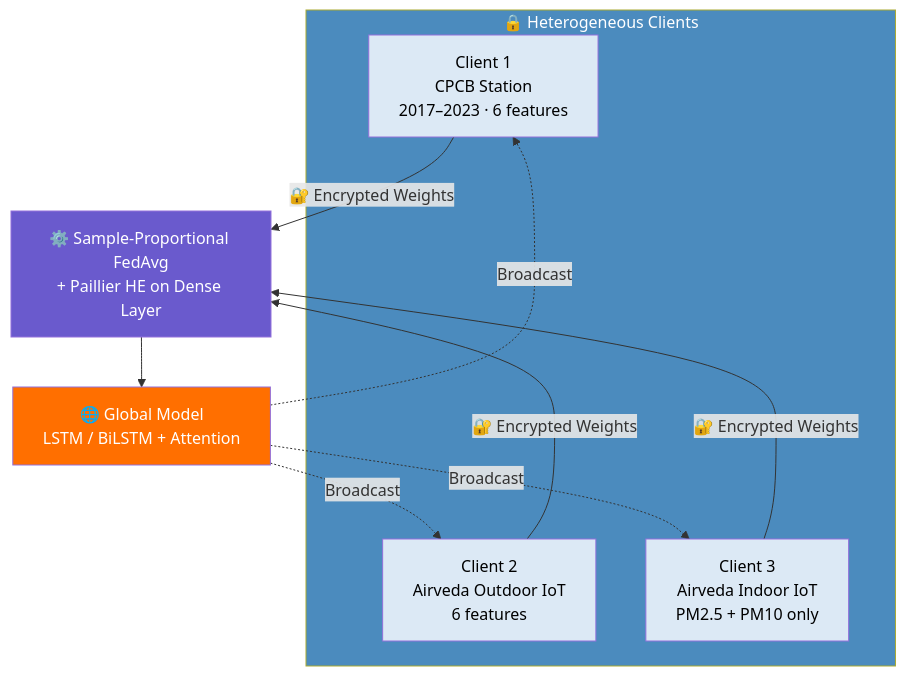
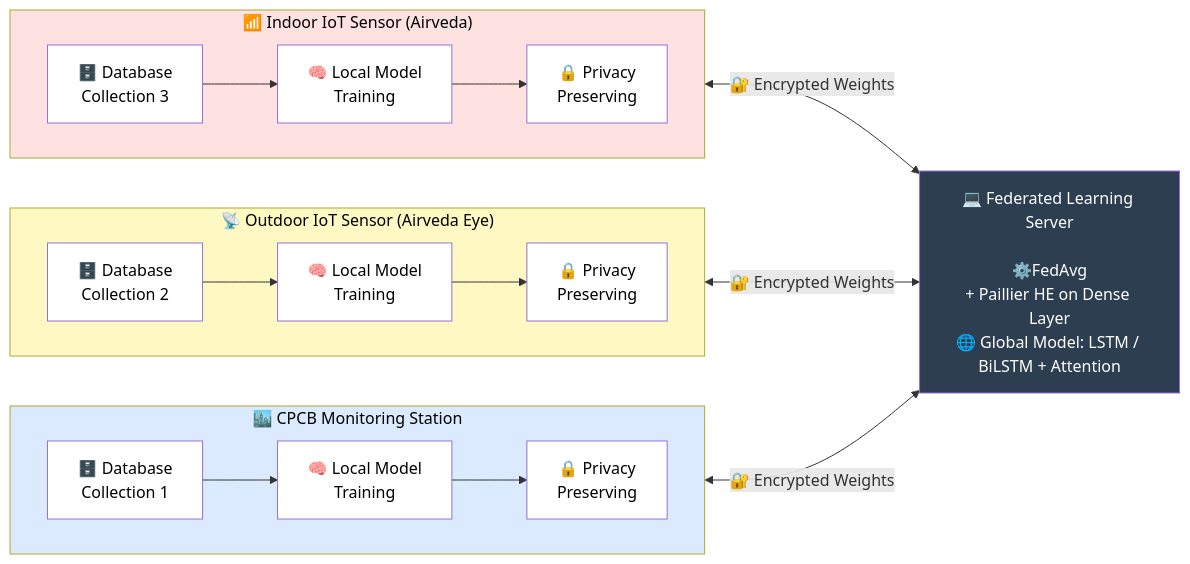
The diagram in README.md (manpreet-singh-aiml/AQI-JALANDHAR), drawn with Mermaid before and after one commit.

````diff
--- a/README.md
+++ b/README.md
@@ -39,25 +39,37 @@
 ```mermaid
-graph TB
-    subgraph Clients["🔒 Heterogeneous Clients"]
-        C1["Client 1<br/>CPCB Station<br/>2017–2023 · 6 features"]
-        C2["Client 2<br/>Airveda Outdoor IoT<br/>6 features"]
-        C3["Client 3<br/>Airveda Indoor IoT<br/>PM2.5 + PM10 only"]
+graph LR
+    subgraph C1["🏙️ CPCB Monitoring Station"]
+        direction LR
+        DB1["🗄️ Database<br/>Collection 1"] --> LT1["🧠 Local Model<br/>Training"] --> PP1["🔒 Privacy<br/>Preserving"]
     end
 
-    C1 -->|🔐 Encrypted Weights| AGG
-    C2 -->|🔐 Encrypted Weights| AGG
-    C3 -->|🔐 Encrypted Weights| AGG
+    subgraph C2["📡 Outdoor IoT Sensor (Airveda Eye)"]
+        direction LR
+        DB2["🗄️ Database<br/>Collection 2"] --> LT2["🧠 Local Model<br/>Training"] --> PP2["🔒 Privacy<br/>Preserving"]
+    end
 
-    AGG["⚙️ Sample-Proportional FedAvg<br/>+ Paillier HE on Dense Layer"]
-    AGG --> GM["🌐 Global Model<br/>LSTM / BiLSTM + Attention"]
-    GM -.->|Broadcast| C1
-    GM -.->|Broadcast| C2
-    GM -.->|Broadcast| C3
+    subgraph C3["📶 Indoor IoT Sensor (Airveda)"]
+        direction LR
+        DB3["🗄️ Database<br/>Collection 3"] --> LT3["🧠 Local Model<br/>Training"] --> PP3["🔒 Privacy<br/>Preserving"]
+    end
 
-    style AGG fill:#6A5ACD,color:#fff
-    style GM fill:#FF6F00,color:#fff
-    style Clients fill:#4B8BBE,color:#fff
-    style C1 fill:#dce9f5,color:#000
-    style C2 fill:#dce9f5,color:#000
-    style C3 fill:#dce9f5,color:#000
+    PP1 <-->|🔐 Encrypted Weights| FLS
+    PP2 <-->|🔐 Encrypted Weights| FLS
+    PP3 <-->|🔐 Encrypted Weights| FLS
+
+    FLS["💻 Federated Learning Server<br/><br/>⚙️FedAvg<br/>+ Paillier HE on Dense Layer<br/>🌐 Global Model: LSTM / BiLSTM + Attention"]
+
+    style FLS fill:#2c3e50,color:#fff
+    style C1 fill:#dbeafe,color:#000
+    style C2 fill:#fef9c3,color:#000
+    style C3 fill:#fee2e2,color:#000
+    style DB1 fill:#fff,color:#000
+    style LT1 fill:#fff,color:#000
+    style PP1 fill:#fff,color:#000
+    style DB2 fill:#fff,color:#000
+    style LT2 fill:#fff,color:#000
+    style PP2 fill:#fff,color:#000
+    style DB3 fill:#fff,color:#000
+    style LT3 fill:#fff,color:#000
+    style PP3 fill:#fff,color:#000
 ```
````
